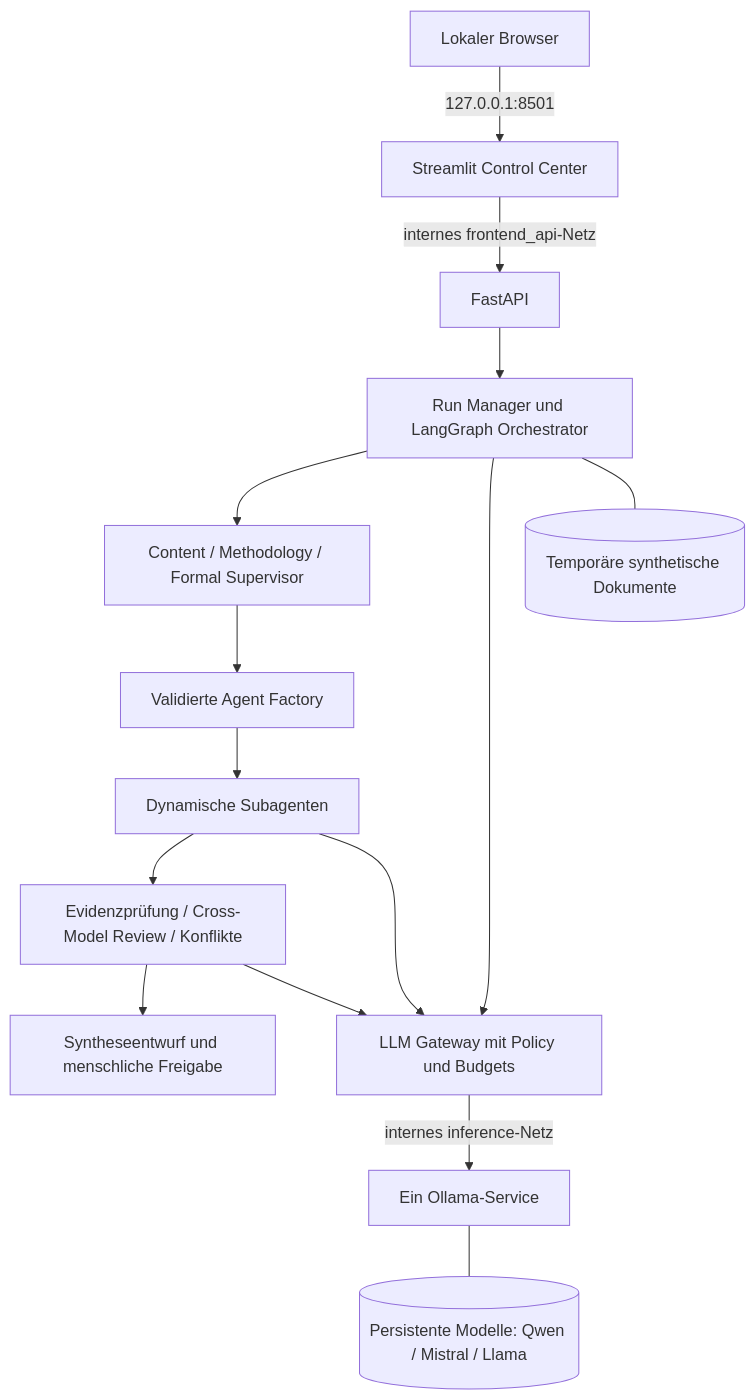
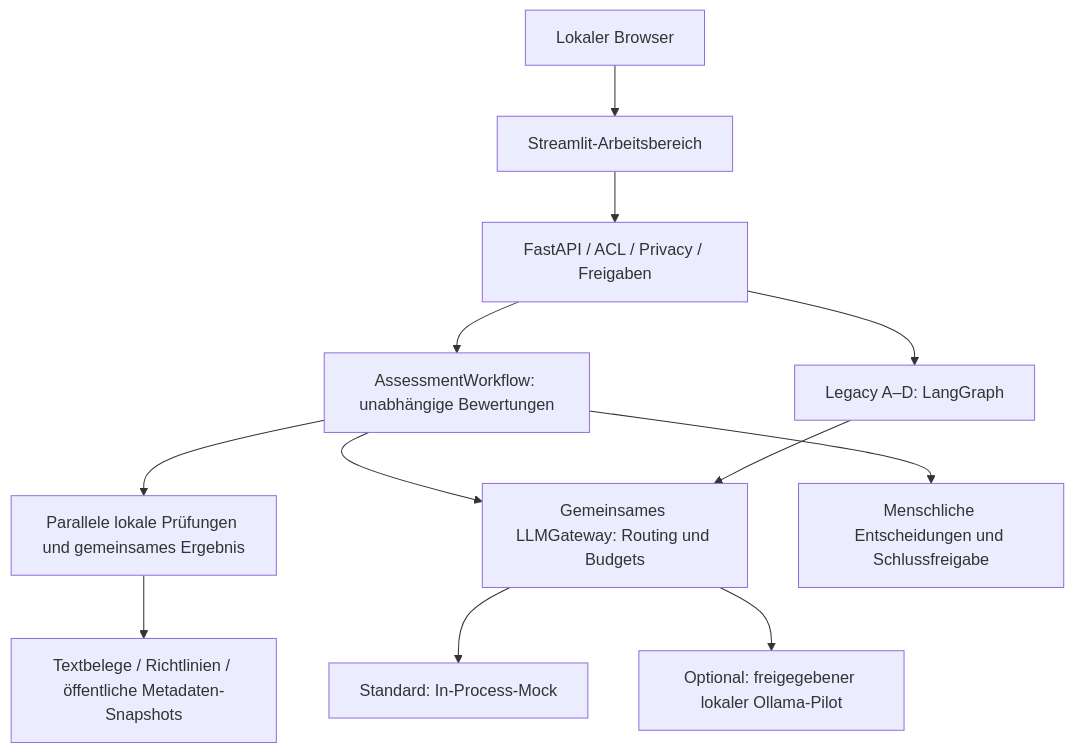
Before and after one commit to HerrBubimann/ThesisHounds: the diagram in README.md, drawn with Mermaid. The commit also changed other lines of this file and 167 other files, not shown here.

````diff
--- a/README.md
+++ b/README.md
@@ -77,17 +38,14 @@
 ```mermaid
 flowchart TB
-    Browser[Lokaler Browser] -->|127.0.0.1:8501| UI[Streamlit Control Center]
-    UI -->|internes frontend_api-Netz| API[FastAPI]
-    API --> Runtime[Run Manager und LangGraph Orchestrator]
-    Runtime --> Supervisors[Content / Methodology / Formal Supervisor]
-    Supervisors --> Factory[Validierte Agent Factory]
-    Factory --> Specialists[Dynamische Subagenten]
-    Specialists --> Review[Evidenzprüfung / Cross-Model Review / Konflikte]
-    Review --> Synthesis[Syntheseentwurf und menschliche Freigabe]
-    Runtime --> Gateway[LLM Gateway mit Policy und Budgets]
-    Specialists --> Gateway
-    Review --> Gateway
-    Gateway -->|internes inference-Netz| Ollama[Ein Ollama-Service]
-    Ollama --- Models[(Persistente Modelle: Qwen / Mistral / Llama)]
-    Runtime --- Docs[(Temporäre synthetische Dokumente)]
+    Browser[Lokaler Browser] --> UI[Streamlit-Arbeitsbereich]
+    UI --> API[FastAPI / ACL / Privacy / Freigaben]
+    API --> Assessment[AssessmentWorkflow: unabhängige Bewertungen]
+    API --> Legacy[Legacy A–D: LangGraph]
+    Assessment --> Checks[Parallele lokale Prüfungen und gemeinsames Ergebnis]
+    Assessment --> Gateway[Gemeinsames LLMGateway: Routing und Budgets]
+    Legacy --> Gateway
+    Gateway --> Mock[Standard: In-Process-Mock]
+    Gateway --> Pilot[Optional: freigegebener lokaler Ollama-Pilot]
+    Checks --> Local[Textbelege / Richtlinien / öffentliche Metadaten-Snapshots]
+    Assessment --> Human[Menschliche Entscheidungen und Schlussfreigabe]
 ```
````
